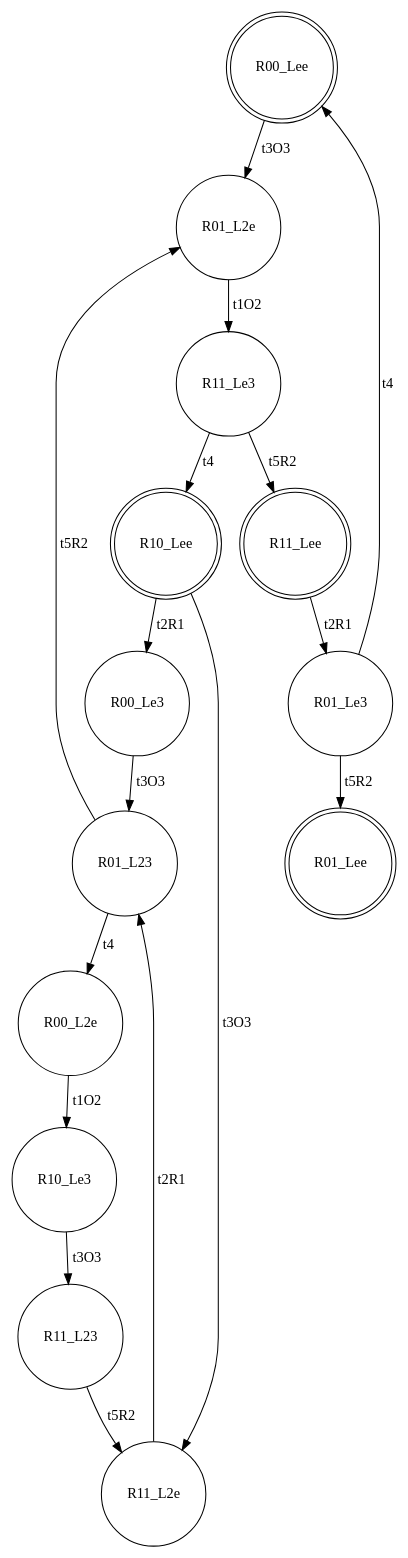
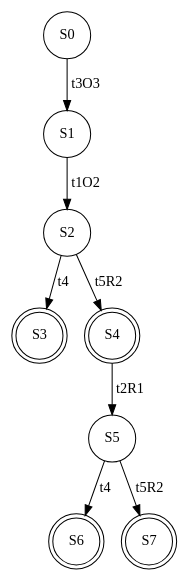
The diagram in SCe.dot (Stefano-BS/Explanatory-Diagnosis), drawn with Graphviz before and after one commit. The commit also changed 15 other files, not shown here.

```diff
--- a/SCe.dot
+++ b/SCe.dot
@@ -1,31 +1,17 @@
 digraph SCe {
-node [shape=doublecircle]; R00_Lee ;
-node [shape=circle]; R01_L2e ;
-node [shape=circle]; R11_Le3 ;
-node [shape=doublecircle]; R10_Lee ;
-node [shape=circle]; R00_Le3 ;
-node [shape=circle]; R01_L23 ;
-node [shape=circle]; R00_L2e ;
-node [shape=circle]; R10_Le3 ;
-node [shape=circle]; R11_L23 ;
-node [shape=circle]; R11_L2e ;
-node [shape=doublecircle]; R11_Lee ;
-node [shape=circle]; R01_Le3 ;
-node [shape=doublecircle]; R01_Lee ;
-R00_Lee -> R01_L2e [label=t3O3]
-R01_L2e -> R11_Le3 [label=t1O2]
-R11_Le3 -> R10_Lee [label=t4]
-R10_Lee -> R00_Le3 [label=t2R1]
-R00_Le3 -> R01_L23 [label=t3O3]
-R01_L23 -> R00_L2e [label=t4]
-R00_L2e -> R10_Le3 [label=t1O2]
-R10_Le3 -> R11_L23 [label=t3O3]
-R11_L23 -> R11_L2e [label=t5R2]
-R11_L2e -> R01_L23 [label=t2R1]
-R01_L23 -> R01_L2e [label=t5R2]
-R10_Lee -> R11_L2e [label=t3O3]
-R11_Le3 -> R11_Lee [label=t5R2]
-R11_Lee -> R01_Le3 [label=t2R1]
-R01_Le3 -> R00_Lee [label=t4]
-R01_Le3 -> R01_Lee [label=t5R2]
+node [shape=circle]; S0 ;
+node [shape=circle]; S1 ;
+node [shape=circle]; S2 ;
+node [shape=doublecircle]; S3 ;
+node [shape=doublecircle]; S4 ;
+node [shape=circle]; S5 ;
+node [shape=doublecircle]; S6 ;
+node [shape=doublecircle]; S7 ;
+S0 -> S1 [label=t3O3]
+S1 -> S2 [label=t1O2]
+S2 -> S3 [label=t4]
+S2 -> S4 [label=t5R2]
+S4 -> S5 [label=t2R1]
+S5 -> S6 [label=t4]
+S5 -> S7 [label=t5R2]
 }
```
